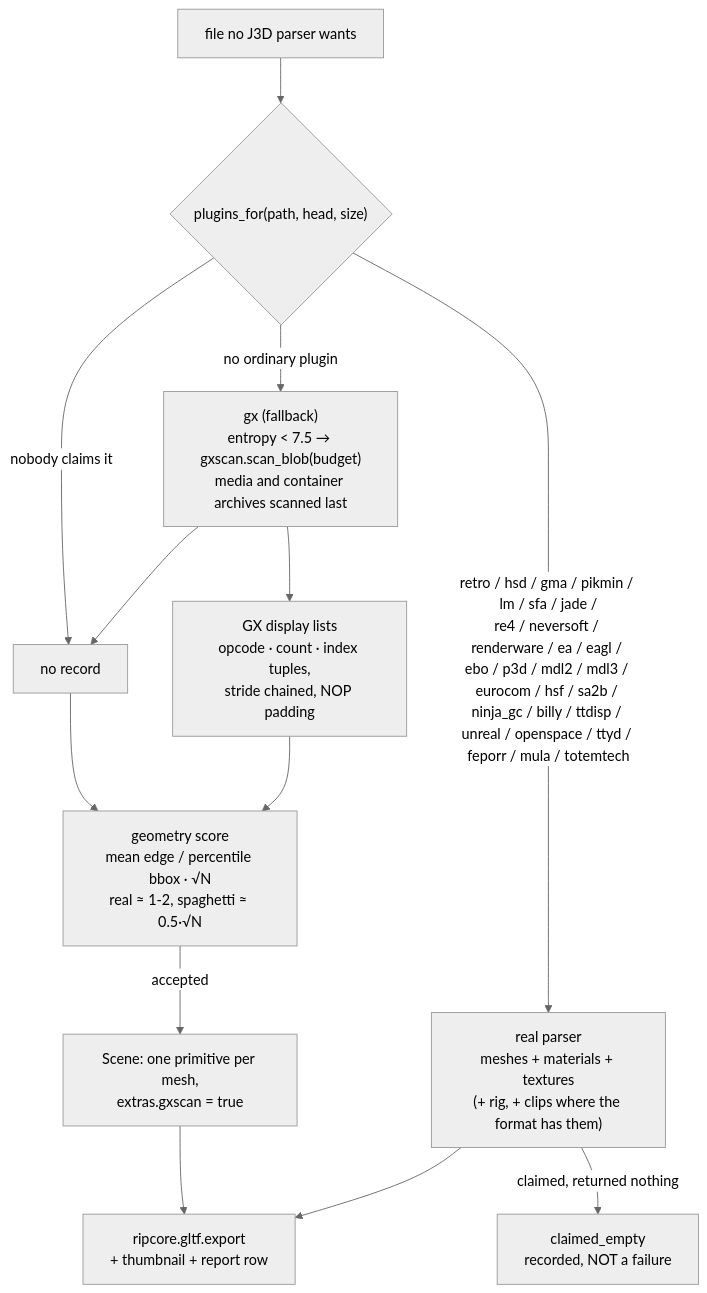
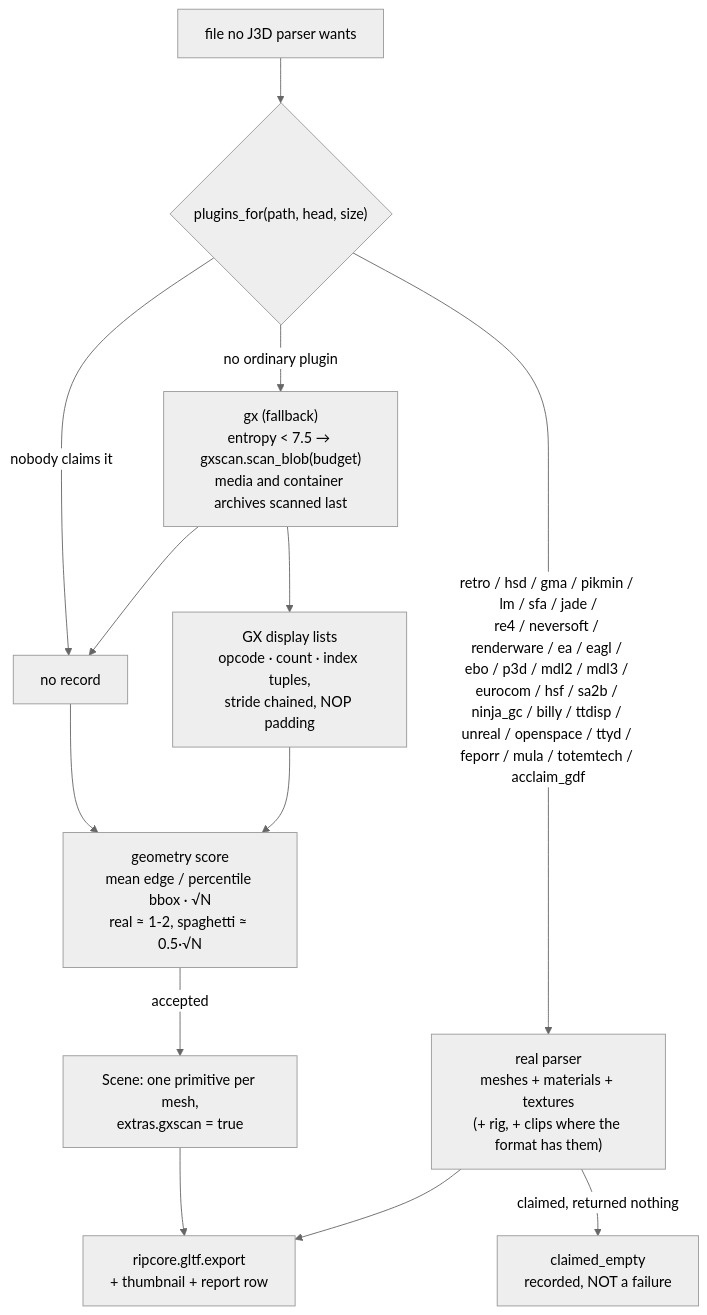
The ninth of 10 diagrams in docs/PIPELINE.md (Felbs/3d-ripper-9000), drawn with Mermaid (neutral theme) before and after one commit. The commit also changed other lines of this file and 6 other files, not shown here.

````diff
--- a/docs/PIPELINE.md
+++ b/docs/PIPELINE.md
@@ -238,13 +238,13 @@
 ```mermaid
 flowchart TD
     F["file no J3D parser wants"] --> D{"plugins_for(path, head, size)"}
-    D -->|"retro / hsd / gma / pikmin / lm / sfa / jade /<br/>re4 / neversoft / renderware / ea / eagl / ebo / p3d / mdl2 / mdl3 / eurocom / hsf / sa2b / ninja_gc / billy / ttdisp / unreal / openspace / ttyd / feporr / mula / totemtech"| R["real parser<br/>meshes + materials + textures<br/>(+ rig, + clips where the format has them)"]
+    D -->|"retro / hsd / gma / pikmin / lm / sfa / jade /<br/>re4 / neversoft / renderware / ea / eagl / ebo / p3d / mdl2 / mdl3 / eurocom / hsf / sa2b / ninja_gc / billy / ttdisp / unreal / openspace / ttyd / feporr / mula / totemtech / acclaim_gdf"| R["real parser<br/>meshes + materials + textures<br/>(+ rig, + clips where the format has them)"]
     D -->|"no ordinary plugin"| S["gx (fallback)<br/>entropy &lt; 7.5 → gxscan.scan_blob(budget)<br/>media and container archives scanned last"]
     S --> L["GX display lists<br/>opcode · count · index tuples,<br/>stride chained, NOP padding"]
     S --> N["neutral meshes<br/>f32 vertex run + u16 index run"]
     L & N --> SC["geometry score<br/>mean edge / percentile bbox · √N<br/>real ≈ 1-2, spaghetti ≈ 0.5·√N"]
     SC -->|"accepted"| M["Scene: one primitive per mesh,<br/>extras.gxscan = true"]
     R & M --> E["ripcore.gltf.export<br/>+ thumbnail + report row"]
     R -->|"claimed, returned nothing"| Z["claimed_empty<br/>recorded, NOT a failure"]
     D -->|"nobody claims it"| N["no record"]
 ```
````
